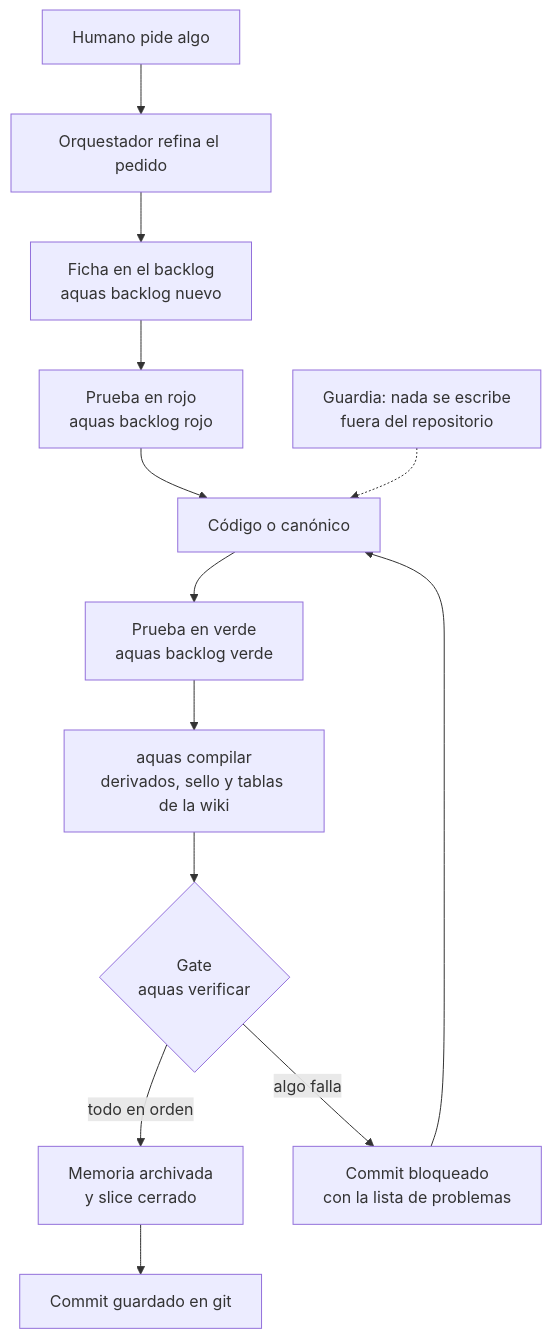
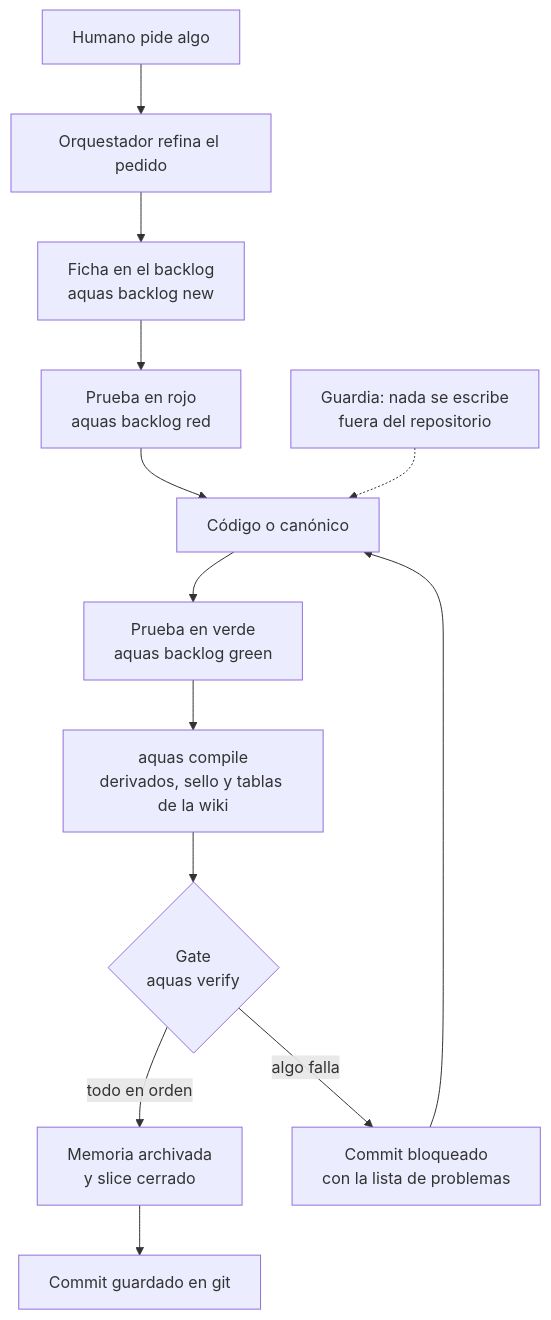
The diagram in docs/README.md (jliberal-aquas/aquas-central-harness-government), drawn with Mermaid before and after one commit. The commit also changed other lines of this file and 184 other files, not shown here.

````diff
--- a/docs/README.md
+++ b/docs/README.md
@@ -41,15 +41,15 @@
 ```mermaid
 flowchart TD
     H["Humano pide algo"] --> O["Orquestador refina el pedido"]
-    O --> B["Ficha en el backlog<br/>aquas backlog nuevo"]
-    B --> R["Prueba en rojo<br/>aquas backlog rojo"]
+    O --> B["Ficha en el backlog<br/>aquas backlog new"]
+    B --> R["Prueba en rojo<br/>aquas backlog red"]
     R --> C["Código o canónico"]
-    C --> V["Prueba en verde<br/>aquas backlog verde"]
-    V --> K["aquas compilar<br/>derivados, sello y tablas de la wiki"]
-    K --> G{"Gate<br/>aquas verificar"}
+    C --> V["Prueba en verde<br/>aquas backlog green"]
+    V --> K["aquas compile<br/>derivados, sello y tablas de la wiki"]
+    K --> G{"Gate<br/>aquas verify"}
     G -- "todo en orden" --> M["Memoria archivada<br/>y slice cerrado"]
     M --> OK["Commit guardado en git"]
     G -- "algo falla" --> X["Commit bloqueado<br/>con la lista de problemas"]
     X --> C
     W["Guardia: nada se escribe<br/>fuera del repositorio"] -.-> C
 ```
````
